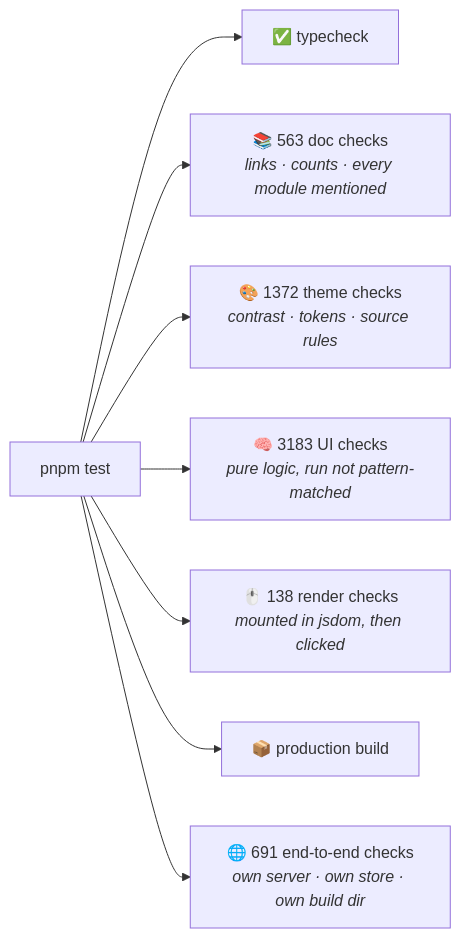
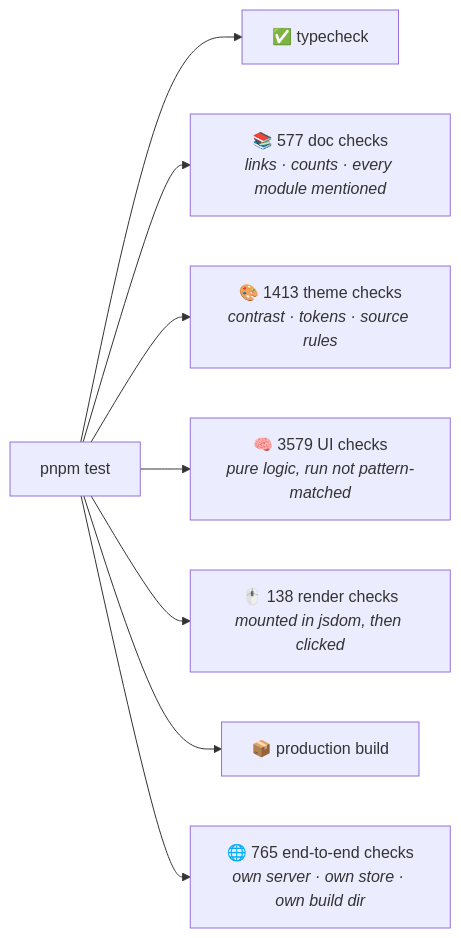
The eighth of 8 diagrams in README.md (vikrant111/tracker-dashboard), drawn with Mermaid before and after one commit. The commit also changed other lines of this file and 65 other files, not shown here.

````diff
--- a/README.md
+++ b/README.md
@@ -433,10 +445,10 @@
 ```mermaid
 graph LR
     T["pnpm test"] --> TS["✅ typecheck"]
-    T --> DOC["📚 563 doc checks<br/><i>links · counts · every module mentioned</i>"]
-    T --> TH["🎨 1372 theme checks<br/><i>contrast · tokens · source rules</i>"]
-    T --> UI["🧠 3183 UI checks<br/><i>pure logic, run not pattern-matched</i>"]
+    T --> DOC["📚 577 doc checks<br/><i>links · counts · every module mentioned</i>"]
+    T --> TH["🎨 1413 theme checks<br/><i>contrast · tokens · source rules</i>"]
+    T --> UI["🧠 3579 UI checks<br/><i>pure logic, run not pattern-matched</i>"]
     T --> RN["🖱️ 138 render checks<br/><i>mounted in jsdom, then clicked</i>"]
     T --> BLD["📦 production build"]
-    T --> E2E["🌐 691 end-to-end checks<br/><i>own server · own store · own build dir</i>"]
+    T --> E2E["🌐 765 end-to-end checks<br/><i>own server · own store · own build dir</i>"]
 ```
````
